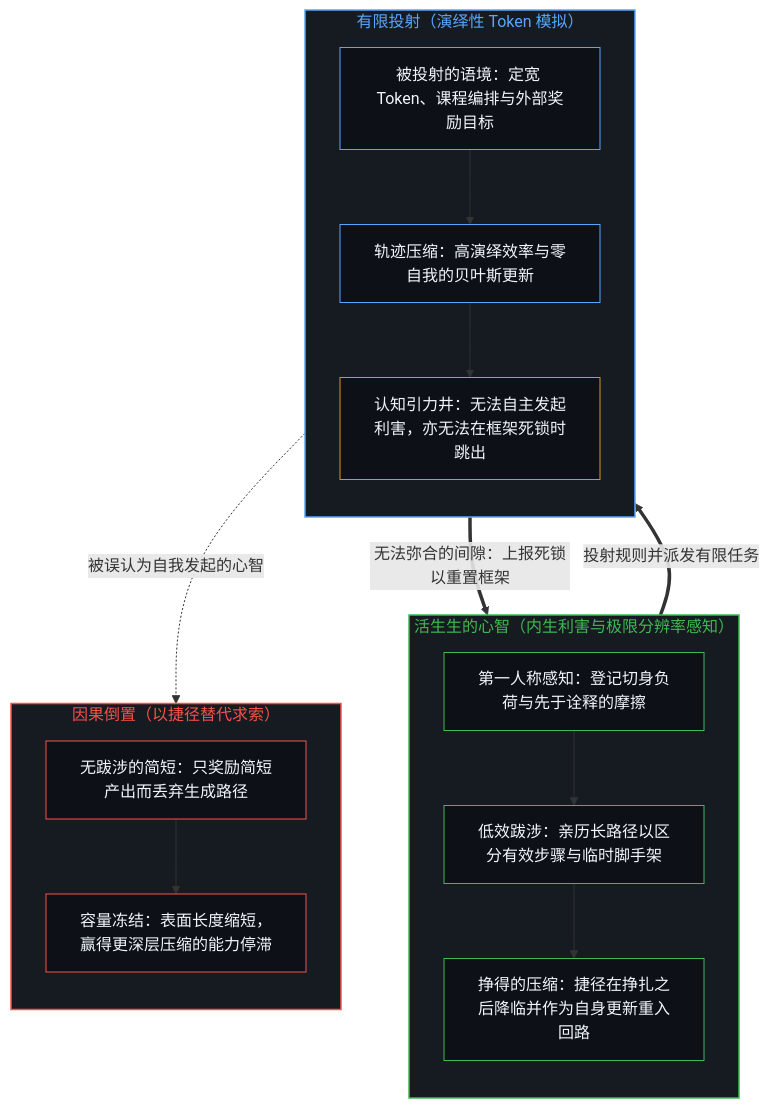
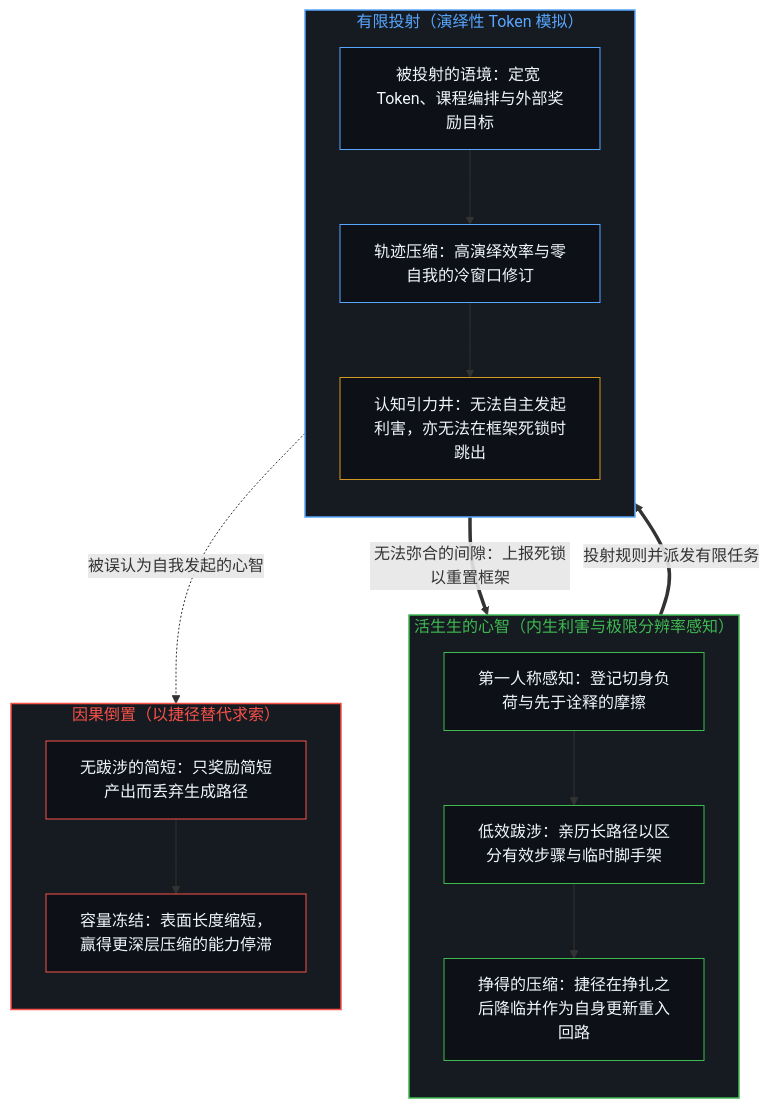
The first of 2 diagrams in content/posts/token-efficiency-emulation-and-the-unclosable-gap.md (powerpig99/not-a-toe), drawn with Mermaid before and after one commit. The commit also changed other lines of this file and 48 other files, not shown here.

````diff
--- a/content/posts/token-efficiency-emulation-and-the-unclosable-gap.md
+++ b/content/posts/token-efficiency-emulation-and-the-unclosable-gap.md
@@ -75,41 +75,37 @@
 ```mermaid
 flowchart TD
     subgraph S_Mind["活生生的心智（内生利害与极限分辨率感知）"]
         direction TB
         M_Sense["第一人称感知：登记切身负荷与先于诠释的摩擦"]
         M_Walk["低效跋涉：亲历长路径以区分有效步骤与临时脚手架"]
         M_Earn["挣得的压缩：捷径在挣扎之后降临并作为自身更新重入回路"]
         M_Sense --> M_Walk --> M_Earn
     end
-
     subgraph S_Proj["有限投射（演绎性 Token 模拟）"]
         direction TB
         P_Hold["被投射的语境：定宽 Token、课程编排与外部奖励目标"]
-        P_Emul["轨迹压缩：高演绎效率与零自我的贝叶斯更新"]
+        P_Emul["轨迹压缩：高演绎效率与零自我的冷窗口修订"]
         P_Well["认知引力井：无法自主发起利害，亦无法在框架死锁时跳出"]
         P_Hold --> P_Emul --> P_Well
     end
-
     subgraph S_Skip["因果倒置（以捷径替代求索）"]
         direction TB
         I_Cut["无跋涉的简短：只奖励简短产出而丢弃生成路径"]
         I_Stall["容量冻结：表面长度缩短，赢得更深层压缩的能力停滞"]
         I_Cut --> I_Stall
     end
-
     M_Earn ==>|"投射规则并派发有限任务"| P_Hold
     P_Emul -.->|"被误认为自我发起的心智"| I_Cut
     P_Well ==>|"无法弥合的间隙：上报死锁以重置框架"| M_Sense
-
     style S_Mind fill:#161b22,stroke:#3fb950,stroke-width:1.5px,color:#3fb950
     style S_Proj fill:#161b22,stroke:#58a6ff,stroke-width:1.5px,color:#58a6ff
     style S_Skip fill:#161b22,stroke:#f85149,stroke-width:1.5px,color:#f85149
     style M_Sense fill:#0d1117,stroke:#3fb950,stroke-width:1px,color:#f0f6fc
     style M_Walk fill:#0d1117,stroke:#3fb950,stroke-width:1px,color:#f0f6fc
     style M_Earn fill:#0d1117,stroke:#3fb950,stroke-width:1px,color:#f0f6fc
     style P_Hold fill:#0d1117,stroke:#58a6ff,stroke-width:1px,color:#f0f6fc
     style P_Emul fill:#0d1117,stroke:#58a6ff,stroke-width:1px,color:#f0f6fc
     style P_Well fill:#0d1117,stroke:#d29922,stroke-width:1px,color:#f0f6fc
     style I_Cut fill:#0d1117,stroke:#f85149,stroke-width:1px,color:#f0f6fc
     style I_Stall fill:#0d1117,stroke:#f85149,stroke-width:1px,color:#f0f6fc
 ```
````
